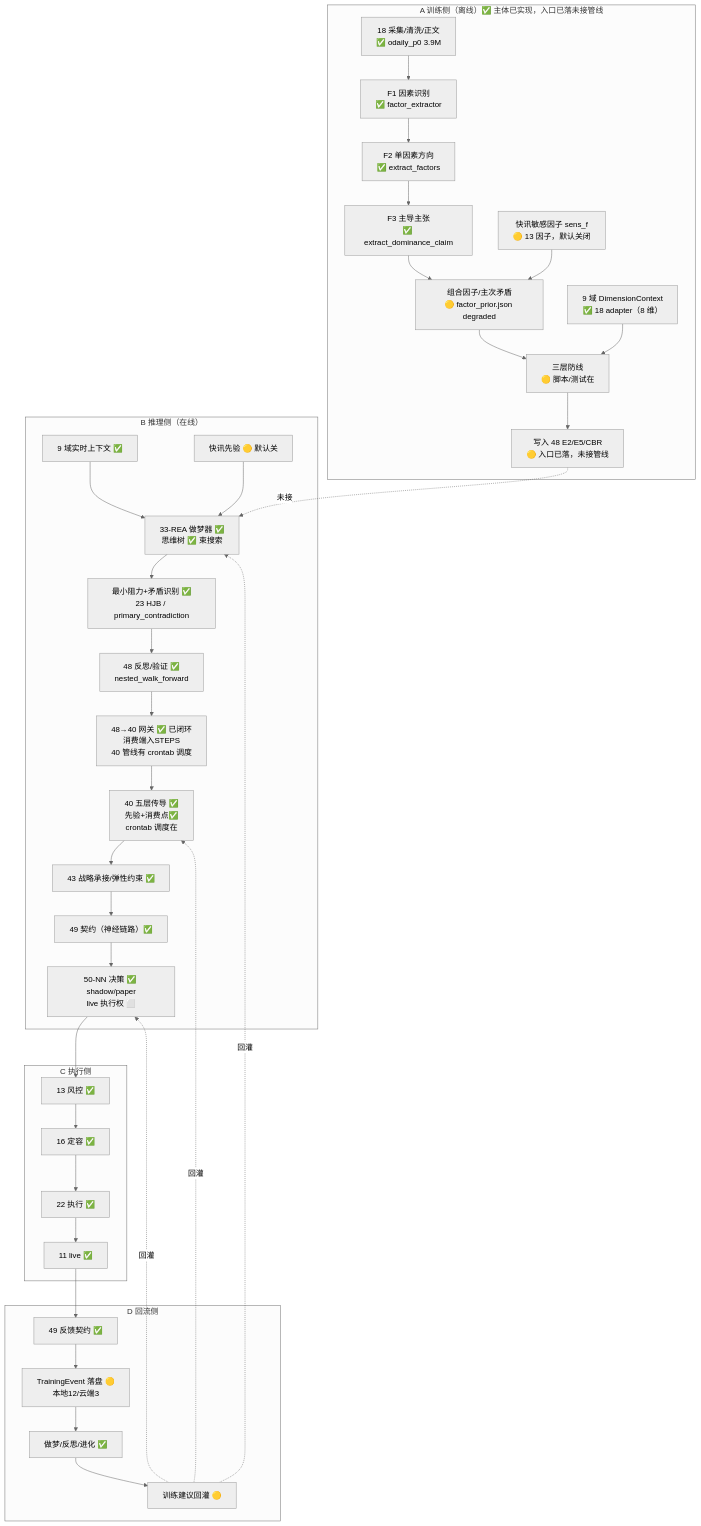
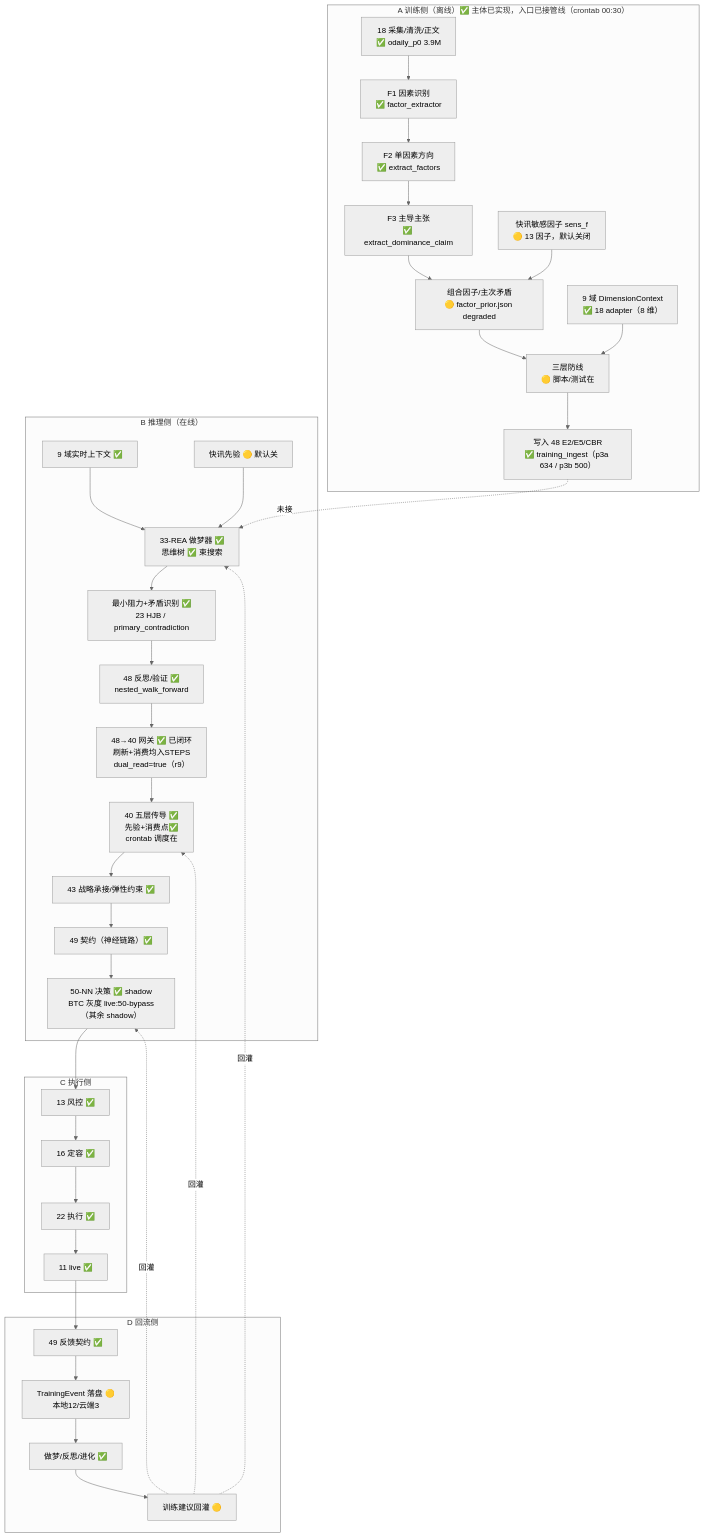
One commit to yunya1991/Dreambuddy-V2 changed the diagram in 48-涌现架构/docs/tech/SPEC-EMERGENCE-FULL-CHAIN-v1.0.md. Above: the diagram before and after it, drawn with Mermaid (neutral theme). The commit also changed other lines of this file and 10 other files, not shown here.

````diff
--- a/48-涌现架构/docs/tech/SPEC-EMERGENCE-FULL-CHAIN-v1.0.md
+++ b/48-涌现架构/docs/tech/SPEC-EMERGENCE-FULL-CHAIN-v1.0.md
@@ -26,54 +28,54 @@
 ```mermaid
 flowchart TB
-  subgraph TRAIN["A 训练侧（离线）✅ 主体已实现，入口已落未接管线"]
+  subgraph TRAIN["A 训练侧（离线）✅ 主体已实现，入口已接管线（crontab 00:30）"]
     A1["18 采集/清洗/正文<br/>✅ odaily_p0 3.9M"]
     A2["F1 因素识别<br/>✅ factor_extractor"]
     A3["F2 单因素方向<br/>✅ extract_factors"]
     A4["F3 主导主张<br/>✅ extract_dominance_claim"]
     A5["组合因子/主次矛盾<br/>🟡 factor_prior.json degraded"]
     A6["9 域 DimensionContext<br/>✅ 18 adapter（8 维）"]
     A7["快讯敏感因子 sens_f<br/>🟡 13 因子，默认关闭"]
     A8["三层防线<br/>🟡 脚本/测试在"]
-    A9["写入 48 E2/E5/CBR<br/>🟡 入口已落，未接管线"]
+    A9["写入 48 E2/E5/CBR<br/>✅ training_ingest（p3a 634 / p3b 500）"]
 
     A1 --> A2 --> A3 --> A4 --> A5
     A6 --> A8
     A7 --> A5 --> A8 --> A9
   end
 
   subgraph INFER["B 推理侧（在线）"]
     B1["9 域实时上下文 ✅"]
     B2["快讯先验 🟡 默认关"]
     B3["33-REA 做梦器 ✅<br/>思维树 ✅ 束搜索"]
     B4["最小阻力+矛盾识别 ✅<br/>23 HJB / primary_contradiction"]
     B5["48 反思/验证 ✅<br/>nested_walk_forward"]
-    B6["48→40 网关 ✅ 已闭环<br/>消费端入STEPS<br/>40 管线有 crontab 调度"]
+    B6["48→40 网关 ✅ 已闭环<br/>刷新+消费均入STEPS<br/>dual_read=true（r9）"]
     B7["40 五层传导 ✅<br/>先验+消费点✅<br/>crontab 调度在"]
     B8["43 战略承接/弹性约束 ✅"]
     B9["49 契约（神经链路）✅"]
-    B10["50-NN 决策 ✅ shadow/paper<br/>live 执行权 ⬜"]
+    B10["50-NN 决策 ✅ shadow<br/>BTC 灰度 live:50-bypass（其余 shadow）"]
 
     B1 --> B3
     B2 --> B3
     B3 --> B4 --> B5 --> B6 --> B7 --> B8 --> B9 --> B10
   end
 
   subgraph EXEC["C 执行侧"]
     C1["13 风控 ✅"] --> C2["16 定容 ✅"] --> C3["22 执行 ✅"] --> C4["11 live ✅"]
   end
 
   subgraph BACK["D 回流侧"]
     D1["49 反馈契约 ✅"]
     D2["TrainingEvent 落盘 🟡<br/>本地12/云端3"]
     D3["做梦/反思/进化 ✅"]
     D4["训练建议回灌 🟡"]
     D1 --> D2 --> D3 --> D4
   end
 
   A9 -.未接.-> B3
   B10 --> C1
   C4 --> D1
   D4 -.回灌.-> B3
   D4 -.回灌.-> B7
   D4 -.回灌.-> B10
 ```
````
